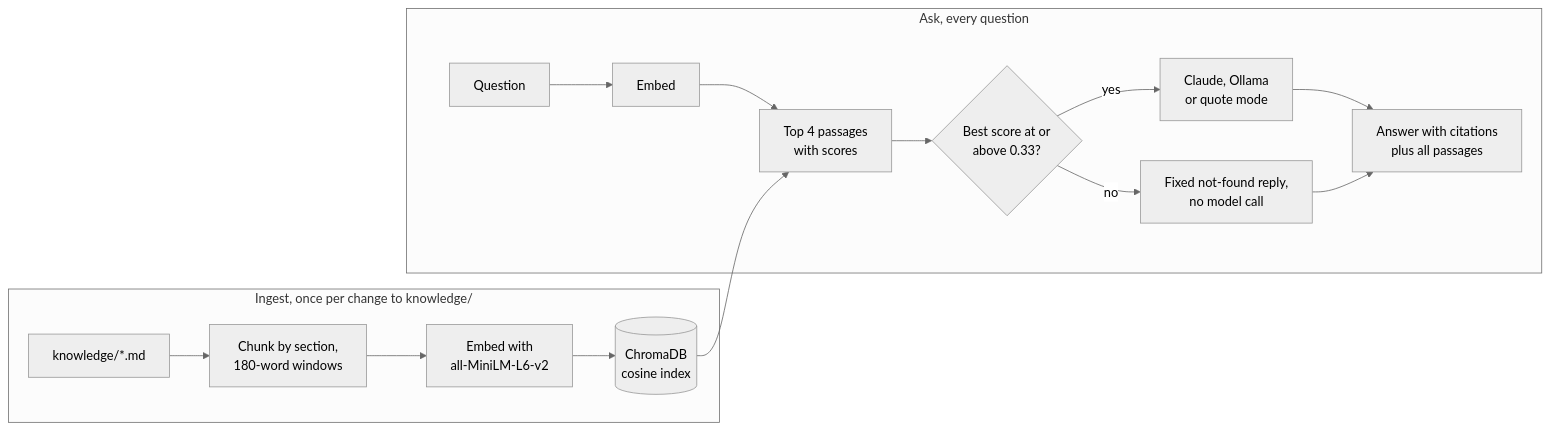
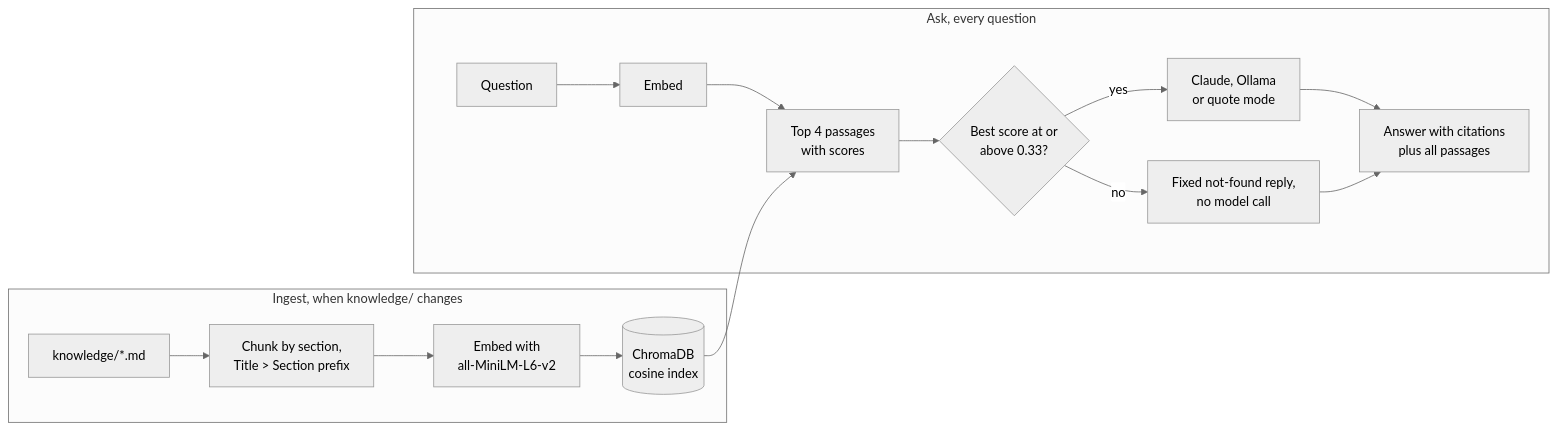
The diagram in README.md (KiritoH4Z3/ask-hana), drawn with Mermaid (neutral theme) before and after one commit. The commit also changed other lines of this file and 1 other file, not shown here.

````diff
--- a/README.md
+++ b/README.md
@@ -25,18 +77,18 @@
 ```mermaid
 flowchart LR
-    subgraph ingest [Ingest, once per change to knowledge/]
-        D[knowledge/*.md] --> C[Chunk by section,<br/>180-word windows]
+    subgraph ingest [Ingest, when knowledge/ changes]
+        D[knowledge/*.md] --> C[Chunk by section,<br/>Title > Section prefix]
         C --> E[Embed with<br/>all-MiniLM-L6-v2]
         E --> V[(ChromaDB<br/>cosine index)]
     end
     subgraph ask [Ask, every question]
         Q[Question] --> QE[Embed]
         QE --> K[Top 4 passages<br/>with scores]
         V --> K
         K --> L{Best score at or<br/>above 0.33?}
         L -- no --> N[Fixed not-found reply,<br/>no model call]
         L -- yes --> M[Claude, Ollama<br/>or quote mode]
         M --> A[Answer with citations<br/>plus all passages]
         N --> A
     end
 ```
````
